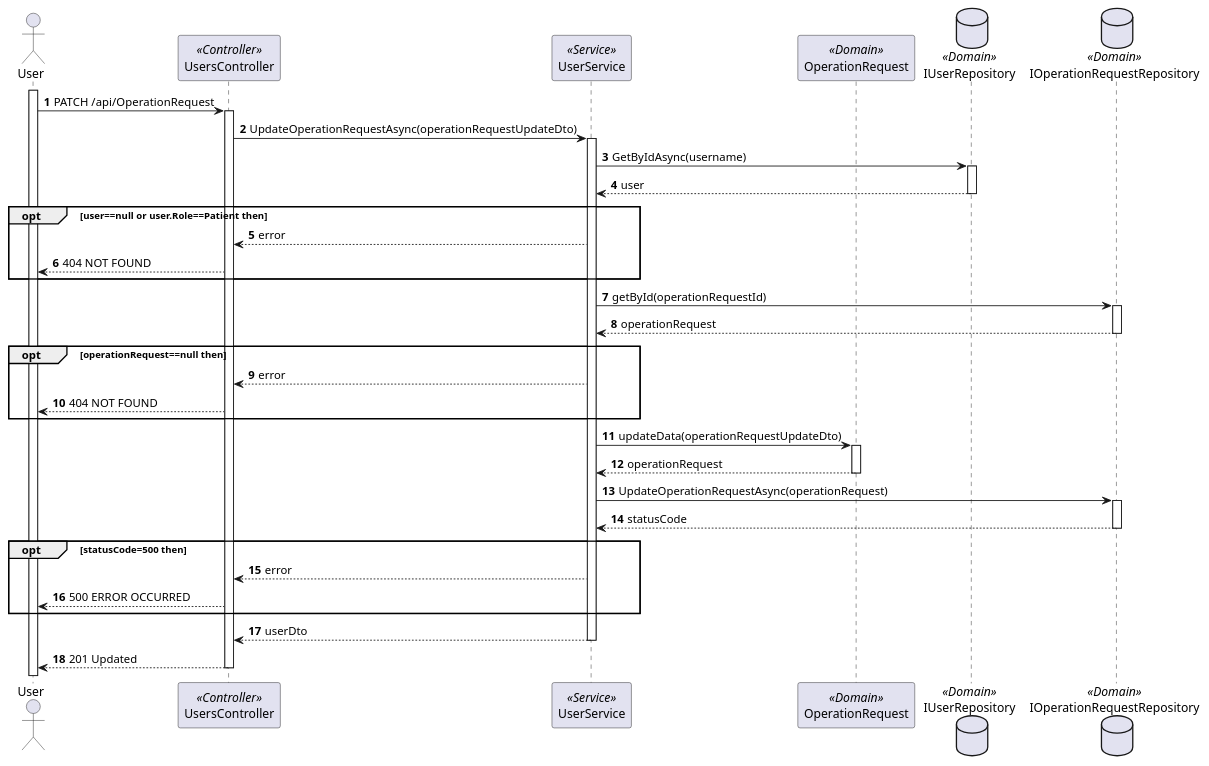
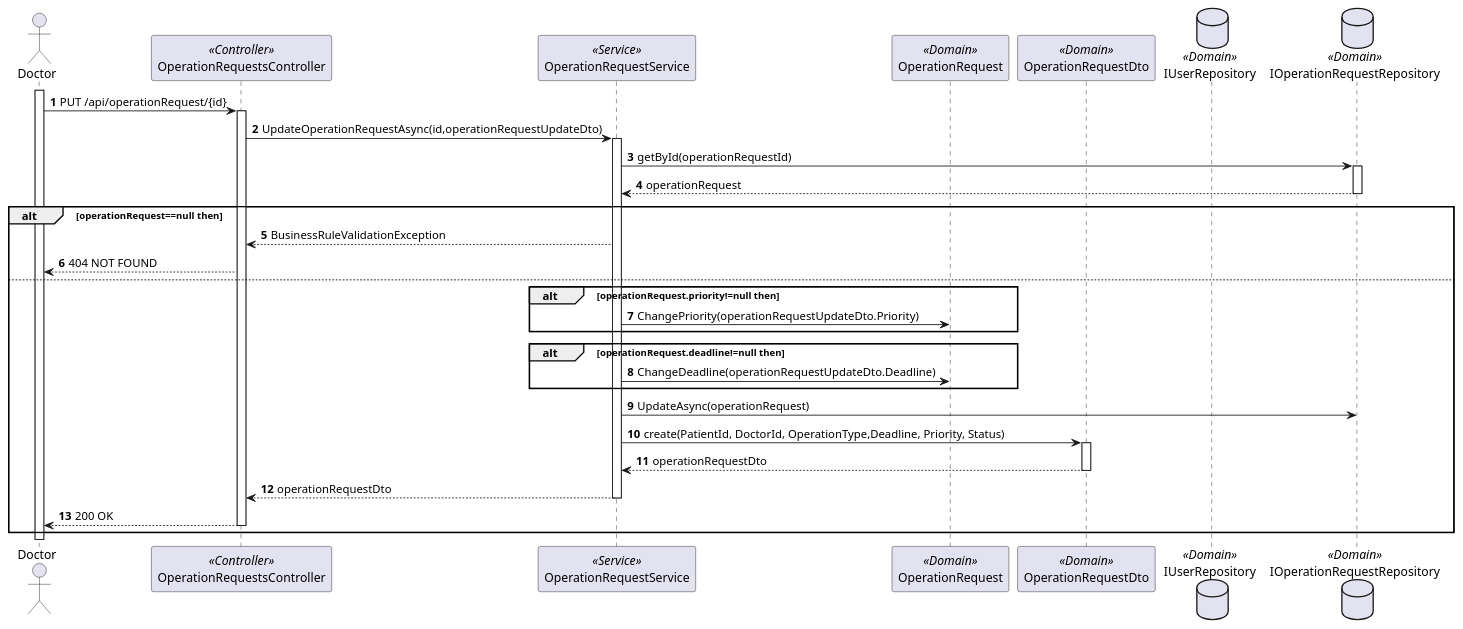
One commit to 1220846/sem5pi-24-25-3ddg20 changed the diagram in docs/sprint-a/us-5.1.17/views/level3/process-view2.puml. Above: the diagram before and after it, drawn with PlantUML. The commit also changed 9 other files, not shown here.

```diff
--- a/docs/sprint-a/us-5.1.17/views/level3/process-view2.puml
+++ b/docs/sprint-a/us-5.1.17/views/level3/process-view2.puml
@@ -1,64 +1,56 @@
-@startuml level3
+@startuml process-view2
 
 autonumber
 
-actor "User" as UserP
-participant "UsersController" as Controller <<Controller>>
-participant "UserService" as Service <<Service>>
+actor "Doctor" as UserP
+participant "OperationRequestsController" as Controller <<Controller>>
+participant "OperationRequestService" as Service <<Service>>
 participant "OperationRequest" as OperationRequest <<Domain>>
+participant "OperationRequestDto" as OperationRequestDto <<Domain>>
 database "IUserRepository" as UserRepository <<Domain>>
 database "IOperationRequestRepository" as OperationRequestRepository <<Domain>>
 
 activate UserP
-    UserP->Controller:PATCH /api/OperationRequest
+    UserP->Controller:PUT /api/operationRequest/{id}
 
 activate Controller
 
-    Controller->Service:UpdateOperationRequestAsync(operationRequestUpdateDto)
+    Controller->Service:UpdateOperationRequestAsync(id,operationRequestUpdateDto)
     activate Service
-        Service->UserRepository:GetByIdAsync(username)
-        activate UserRepository
-
-            UserRepository-->Service:user
-        deactivate UserRepository
-
-        opt user==null or user.Role==Patient then
-            Service-->Controller:error
-            Controller-->UserP:404 NOT FOUND
-        end opt
 
         Service->OperationRequestRepository:getById(operationRequestId)
         activate OperationRequestRepository
 
             OperationRequestRepository-->Service:operationRequest
         deactivate OperationRequestRepository
 
-        opt operationRequest==null then
-            Service-->Controller:error
+        alt operationRequest==null then
+            Service-->Controller:BusinessRuleValidationException
             Controller-->UserP:404 NOT FOUND
-        end opt
+        else
 
-        Service->OperationRequest:updateData(operationRequestUpdateDto)
-        activate OperationRequest
+        alt operationRequest.priority!=null then
+        Service->OperationRequest:ChangePriority(operationRequestUpdateDto.Priority)
+        end alt
 
-            OperationRequest-->Service:operationRequest
-        deactivate OperationRequest
+        alt operationRequest.deadline!=null then
+        Service->OperationRequest:ChangeDeadline(operationRequestUpdateDto.Deadline)
+        end alt
+
+        Service->OperationRequestRepository:UpdateAsync(operationRequest)
+
+        Service->OperationRequestDto:create(PatientId, DoctorId, OperationType,Deadline, Priority, Status)
+        activate OperationRequestDto
+
+            OperationRequestDto-->Service:operationRequestDto
+        deactivate OperationRequestDto
+
+        Service --> Controller:operationRequestDto
+    deactivate Service
+
+    UserP<--Controller:200 OK
+deactivate Controller
+end alt
 
 
-        Service->OperationRequestRepository:UpdateOperationRequestAsync(operationRequest)
-        activate OperationRequestRepository
-
-            OperationRequestRepository-->Service:statusCode
-        deactivate OperationRequestRepository
-
-        opt statusCode=500 then
-            Service-->Controller:error
-            Controller-->UserP:500 ERROR OCCURRED
-        end opt
-        Service --> Controller:userDto
-    deactivate Service
-
-    UserP<--Controller:201 Updated
-deactivate Controller
-
 @enduml
```
